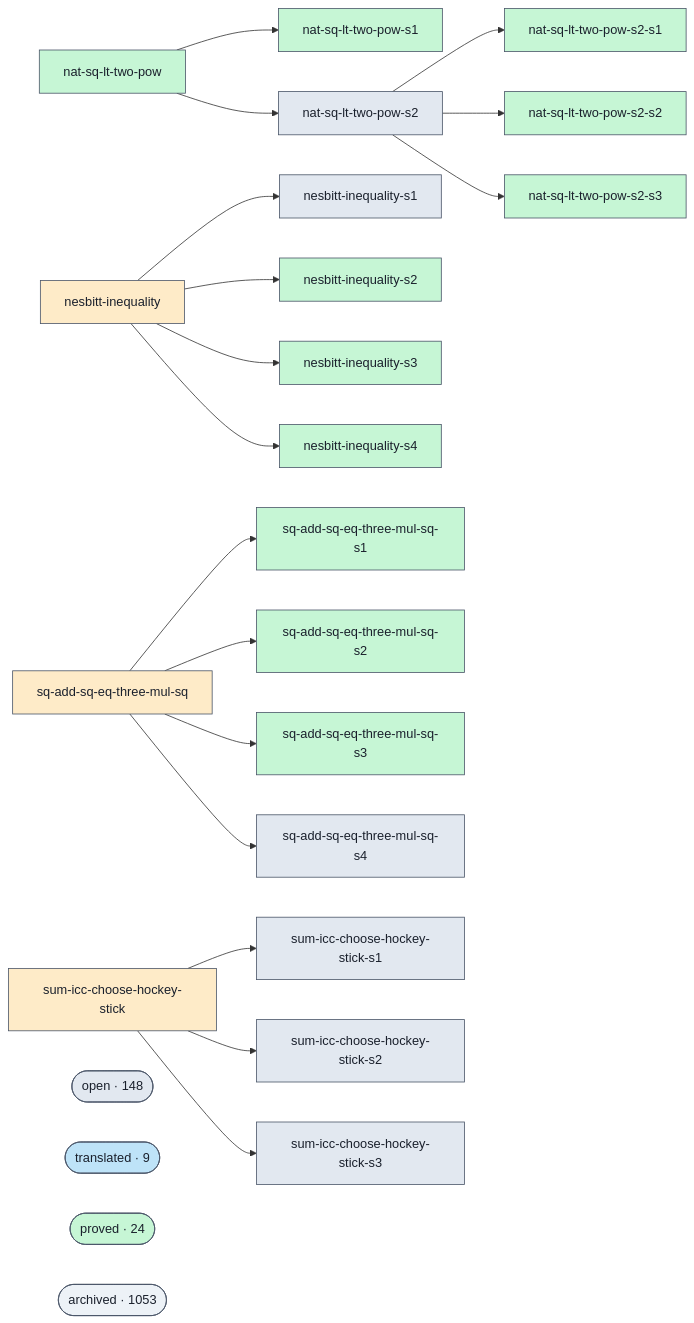
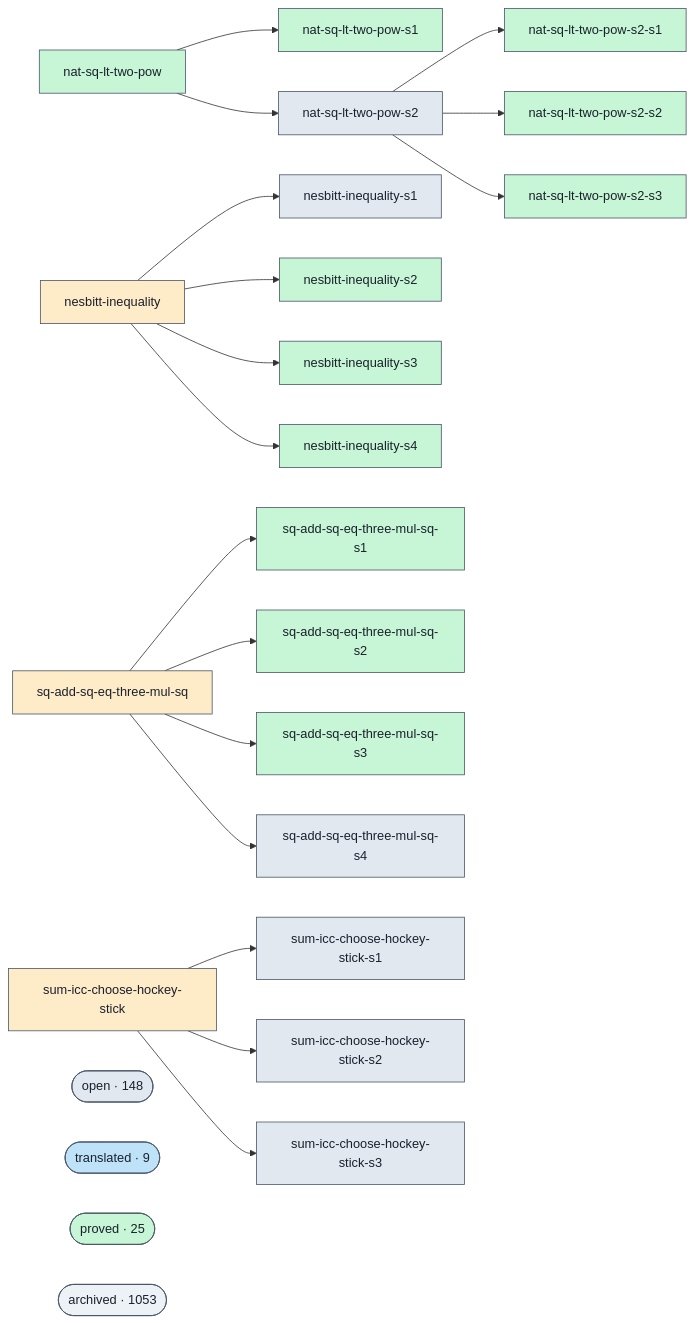
The diagram in docs/proofs-contributors-visualisation.md (ohdearquant/unsorry), drawn with Mermaid before and after one commit. The commit also changed other lines of this file and 2 other files, not shown here.

```diff
--- a/docs/proofs-contributors-visualisation.md
+++ b/docs/proofs-contributors-visualisation.md
@@ -102,7 +102,7 @@
   class cluster_open open;
   cluster_translated(["translated · 9"])
   class cluster_translated translated;
-  cluster_proved(["proved · 24"])
+  cluster_proved(["proved · 25"])
   class cluster_proved proved;
   cluster_archived(["archived · 1053"])
   class cluster_archived unknown;
```
